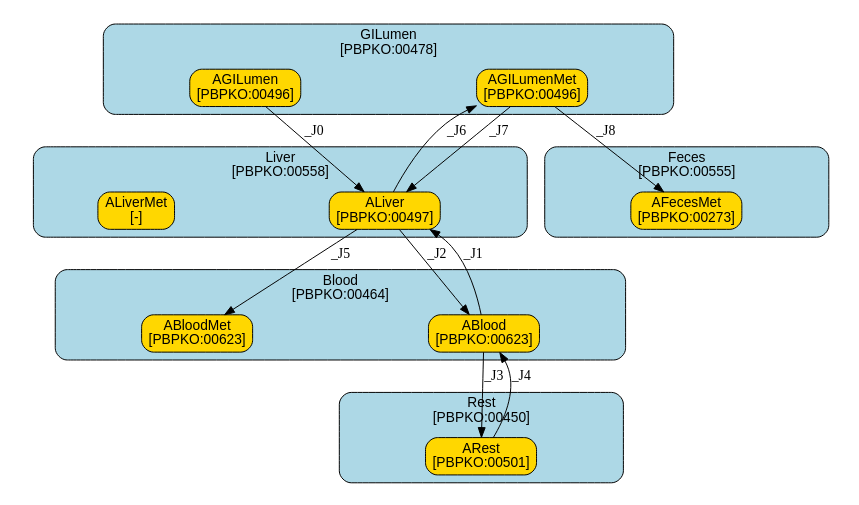
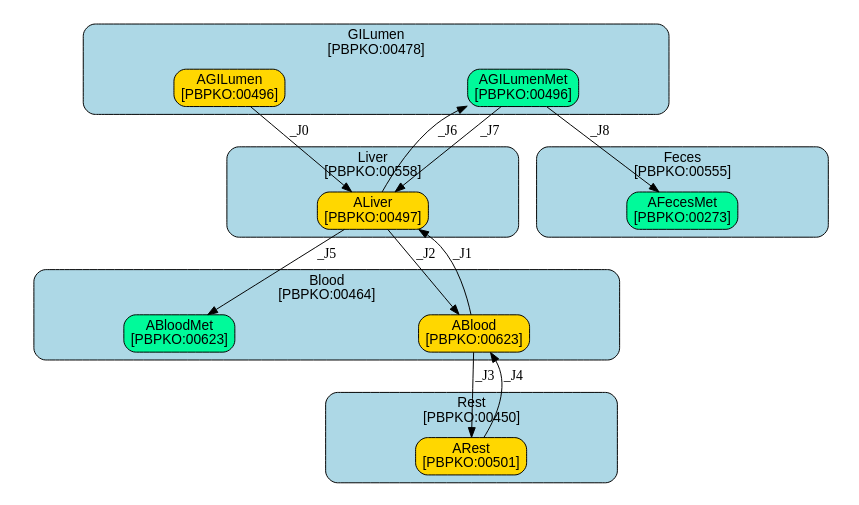
The diagram in models/oral/Bisphenols/Teeguarden/summary.dot (fair-pbk/exposure-route-pbk-models), drawn with Graphviz before and after one commit. The commit also changed 151 other files, not shown here.

```diff
--- a/models/oral/Bisphenols/Teeguarden/summary.dot
+++ b/models/oral/Bisphenols/Teeguarden/summary.dot
@@ -1,129 +1,122 @@
 digraph {
 	graph [ratio=fill,
 		size="7,4"
 	];
 	node [fontname=Arial];
 	subgraph cluster_GILumen {
 		graph [color=black,
 			fillcolor=lightblue,
 			fontname=Arial,
 			href="#compartment-GILumen",
 			label="GILumen
 [PBPKO:00478]",
 			shape=box,
 			style="filled,rounded"
 		];
 		AGILumen	[color=black,
 			fillcolor=gold,
 			href="#species-AGILumen",
 			label="AGILumen
 [PBPKO:00496]",
 			shape=box,
 			style="filled,rounded"];
 		AGILumenMet	[color=black,
-			fillcolor=gold,
+			fillcolor=mediumspringgreen,
 			href="#species-AGILumenMet",
 			label="AGILumenMet
 [PBPKO:00496]",
 			shape=box,
 			style="filled,rounded"];
 	}
 	subgraph cluster_Liver {
 		graph [color=black,
 			fillcolor=lightblue,
 			fontname=Arial,
 			href="#compartment-Liver",
 			label="Liver
 [PBPKO:00558]",
 			shape=box,
 			style="filled,rounded"
 		];
 		ALiver	[color=black,
 			fillcolor=gold,
 			href="#species-ALiver",
 			label="ALiver
 [PBPKO:00497]",
 			shape=box,
 			style="filled,rounded"];
-		ALiverMet	[color=black,
-			fillcolor=gold,
-			href="#species-ALiverMet",
-			label="ALiverMet
-[-]",
-			shape=box,
-			style="filled,rounded"];
 	}
 	subgraph cluster_Blood {
 		graph [color=black,
 			fillcolor=lightblue,
 			fontname=Arial,
 			href="#compartment-Blood",
 			label="Blood
 [PBPKO:00464]",
 			shape=box,
 			style="filled,rounded"
 		];
 		ABlood	[color=black,
 			fillcolor=gold,
 			href="#species-ABlood",
 			label="ABlood
 [PBPKO:00623]",
 			shape=box,
 			style="filled,rounded"];
 		ABloodMet	[color=black,
-			fillcolor=gold,
+			fillcolor=mediumspringgreen,
 			href="#species-ABloodMet",
 			label="ABloodMet
 [PBPKO:00623]",
 			shape=box,
 			style="filled,rounded"];
 	}
 	subgraph cluster_Rest {
 		graph [color=black,
 			fillcolor=lightblue,
 			fontname=Arial,
 			href="#compartment-Rest",
 			label="Rest
 [PBPKO:00450]",
 			shape=box,
 			style="filled,rounded"
 		];
 		ARest	[color=black,
 			fillcolor=gold,
 			href="#species-ARest",
 			label="ARest
 [PBPKO:00501]",
 			shape=box,
 			style="filled,rounded"];
 	}
 	subgraph cluster_Feces {
 		graph [color=black,
 			fillcolor=lightblue,
 			fontname=Arial,
 			href="#compartment-Feces",
 			label="Feces
 [PBPKO:00555]",
 			shape=box,
 			style="filled,rounded"
 		];
 		AFecesMet	[color=black,
-			fillcolor=gold,
+			fillcolor=mediumspringgreen,
 			href="#species-AFecesMet",
 			label="AFecesMet
 [PBPKO:00273]",
 			shape=box,
 			style="filled,rounded"];
 	}
 	AGILumen -> ALiver	[label=_J0,
 		minlen=1];
 	AGILumenMet -> ALiver	[label=_J7];
 	AGILumenMet -> AFecesMet	[label=_J8,
 		minlen=1];
 	ALiver -> AGILumenMet	[label=_J6];
 	ALiver -> ABlood	[label=_J2];
 	ALiver -> ABloodMet	[label=_J5,
 		minlen=1];
 	ABlood -> ALiver	[label=_J1];
 	ABlood -> ARest	[label=_J3];
 	ARest -> ABlood	[label=_J4];
 }
```
